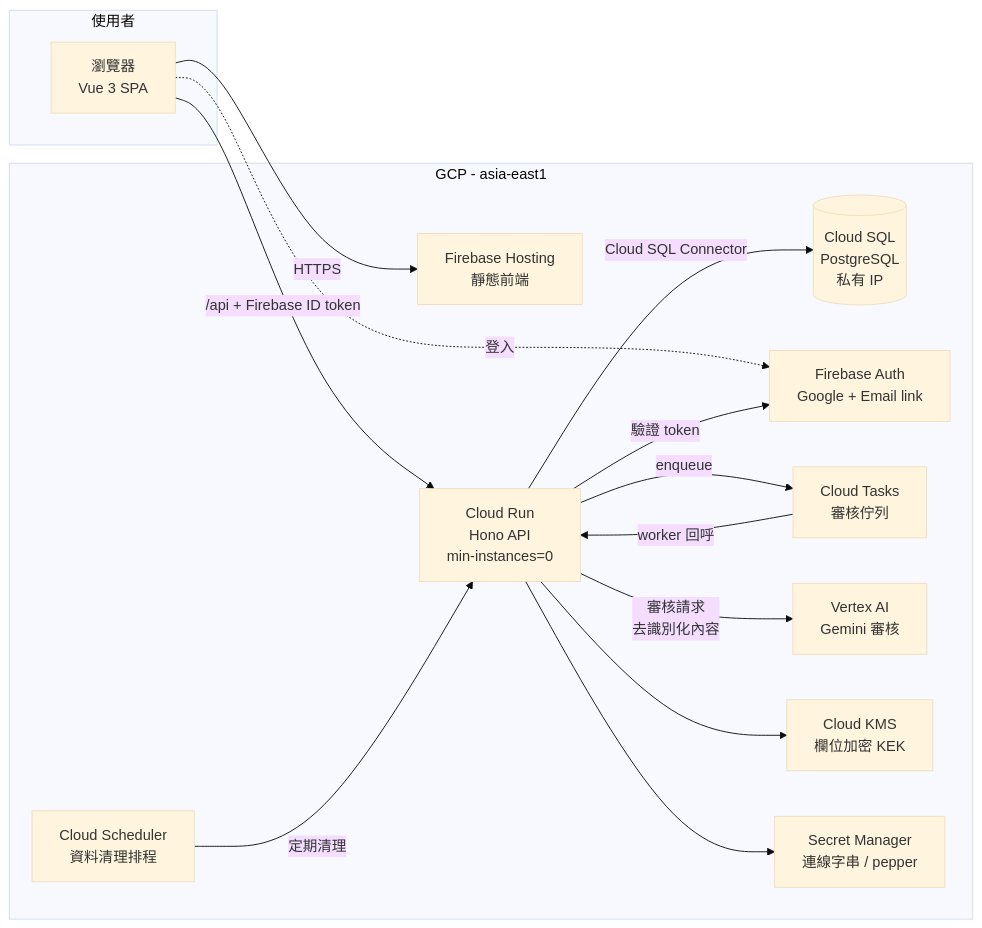
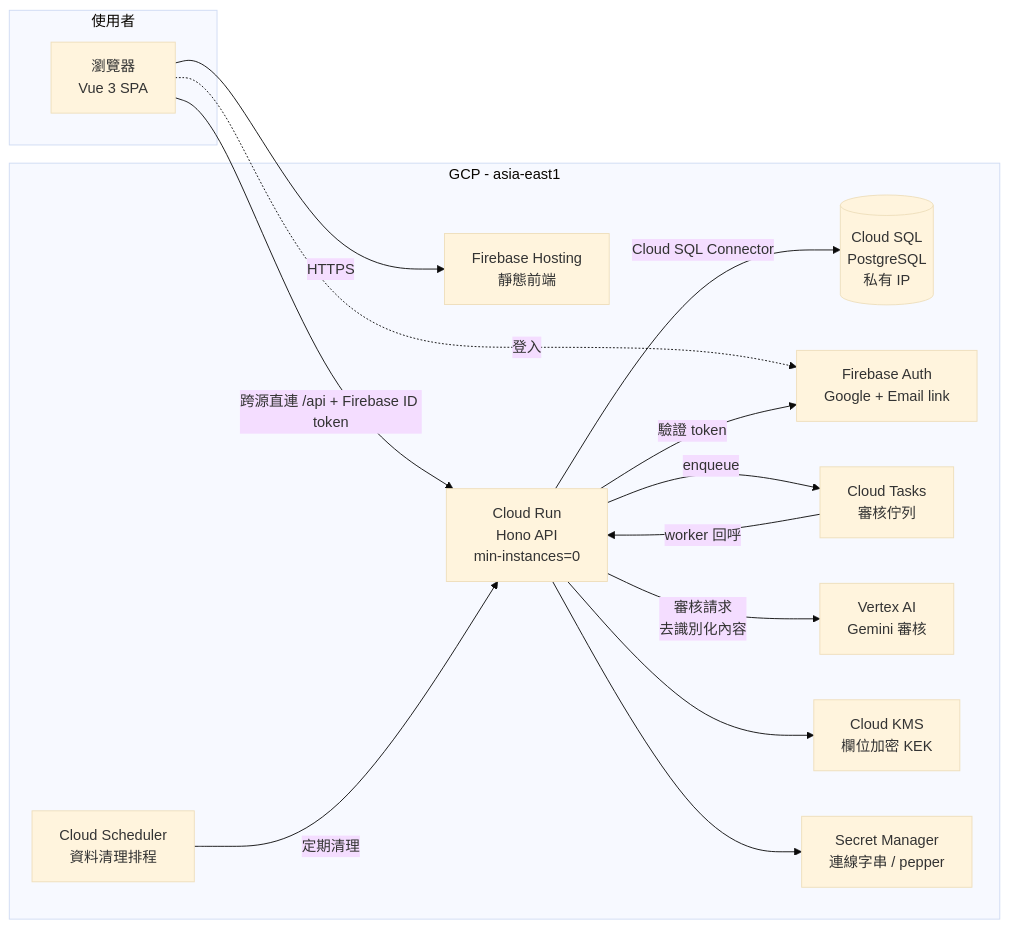
Before and after one commit to vaso0130/taipei_TeamUp: the first of 2 diagrams in docs/architecture.md, drawn with Mermaid (base theme). The commit also changed other lines of this file and 8 other files, not shown here.

````diff
--- a/docs/architecture.md
+++ b/docs/architecture.md
@@ -5,30 +5,30 @@
 ```mermaid
 flowchart LR
     subgraph client [使用者]
         B[瀏覽器<br/>Vue 3 SPA]
     end
 
     subgraph gcp [GCP - asia-east1]
         H[Firebase Hosting<br/>靜態前端]
         API[Cloud Run<br/>Hono API<br/>min-instances=0]
         DB[(Cloud SQL<br/>PostgreSQL<br/>私有 IP)]
         AUTH[Firebase Auth<br/>Google + Email link]
         CT[Cloud Tasks<br/>審核佇列]
         VA[Vertex AI<br/>Gemini 審核]
         KMS[Cloud KMS<br/>欄位加密 KEK]
         SM[Secret Manager<br/>連線字串 / pepper]
         SCH[Cloud Scheduler<br/>資料清理排程]
     end
 
     B -->|HTTPS| H
-    B -->|/api + Firebase ID token| API
+    B -->|跨源直連 /api + Firebase ID token| API
     B -.->|登入| AUTH
     API -->|驗證 token| AUTH
     API -->|Cloud SQL Connector| DB
     API -->|enqueue| CT
     CT -->|worker 回呼| API
     API -->|審核請求<br/>去識別化內容| VA
     API --> KMS
     API --> SM
     SCH -->|定期清理| API
 ```
````
